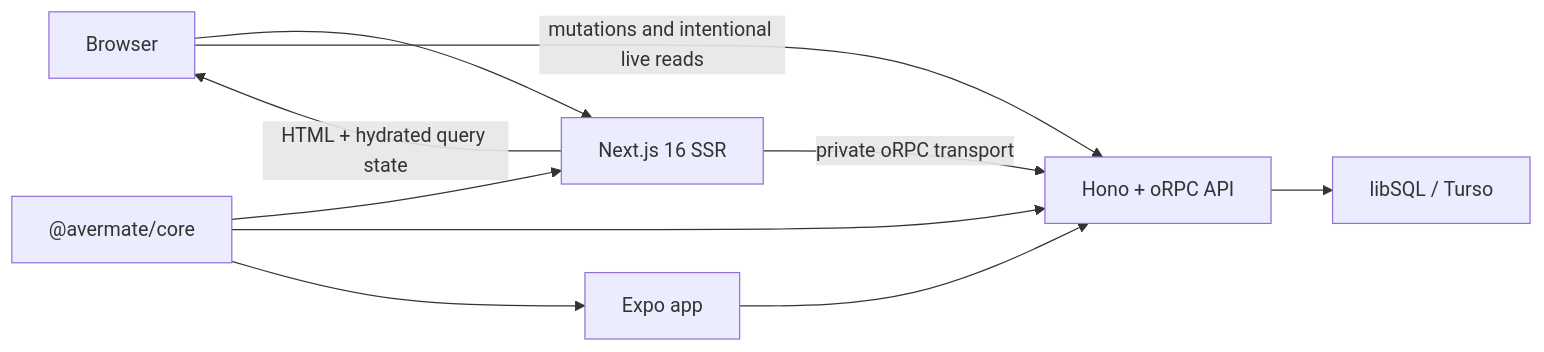
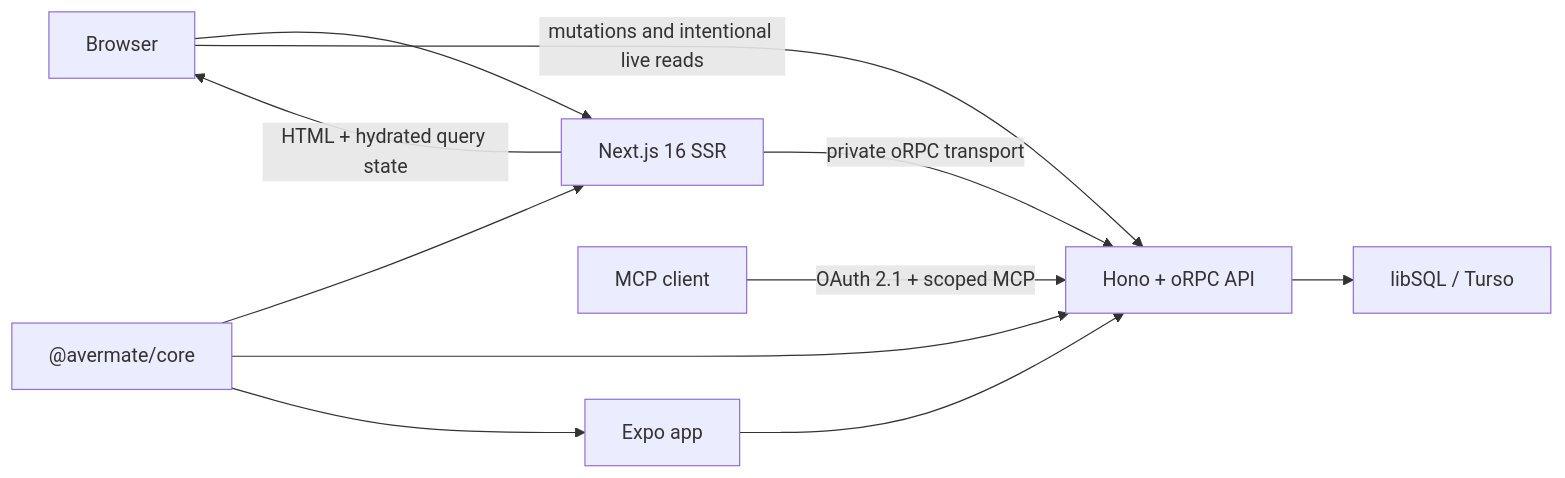
One commit to Fefe-Nayz/avermate changed the diagram in README.md. Above: the diagram before and after it, drawn with Mermaid. The commit also changed other lines of this file and 3 other files, not shown here.

````diff
--- a/README.md
+++ b/README.md
@@ -34,12 +48,13 @@
 ```mermaid
 flowchart LR
   browser["Browser"] --> web["Next.js 16 SSR"]
   web -->|"private oRPC transport"| api["Hono + oRPC API"]
   web -->|"HTML + hydrated query state"| browser
   browser -->|"mutations and intentional live reads"| api
   mobile["Expo app"] --> api
+  assistant["MCP client"] -->|"OAuth 2.1 + scoped MCP"| api
   api --> db["libSQL / Turso"]
   core["@avermate/core"] --> web
   core --> api
   core --> mobile
 ```
````
